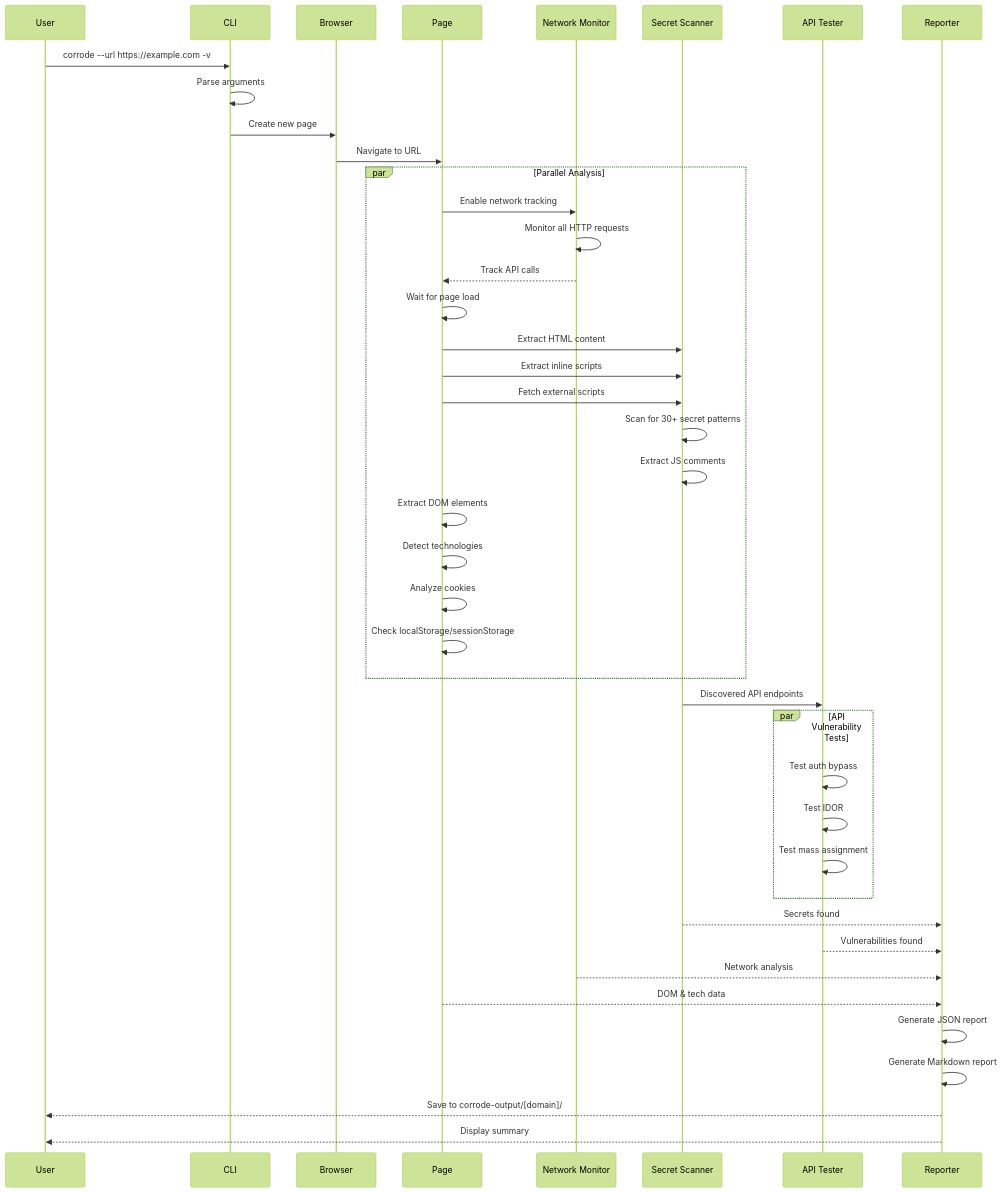
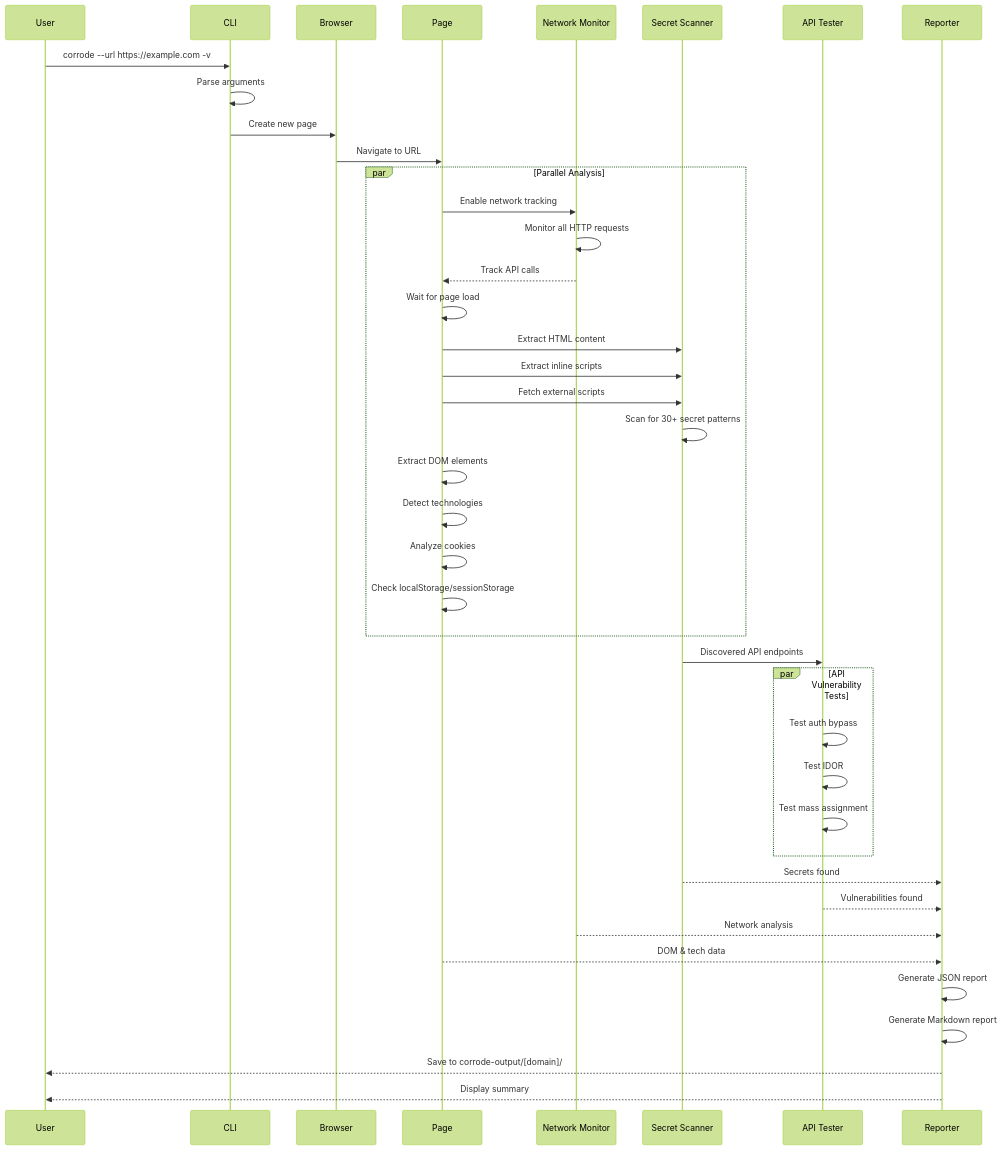
Before and after one commit to ul0gic/corrode: the second of 3 diagrams in README.md, drawn with Mermaid (forest theme). The commit also changed other lines of this file and 2 other files, not shown here.

````diff
--- a/README.md
+++ b/README.md
@@ -73,53 +70,52 @@
 ```mermaid
 sequenceDiagram
     participant User
     participant CLI
     participant Browser
     participant Page
     participant NetMon as Network Monitor
     participant Scanner as Secret Scanner
     participant APITest as API Tester
     participant Reporter
 
     User->>CLI: corrode --url https://example.com -v
     CLI->>CLI: Parse arguments
     CLI->>Browser: Create new page
     Browser->>Page: Navigate to URL
 
     par Parallel Analysis
         Page->>NetMon: Enable network tracking
         NetMon->>NetMon: Monitor all HTTP requests
         NetMon-->>Page: Track API calls
 
         Page->>Page: Wait for page load
         Page->>Scanner: Extract HTML content
         Page->>Scanner: Extract inline scripts
         Page->>Scanner: Fetch external scripts
         Scanner->>Scanner: Scan for 30+ secret patterns
-        Scanner->>Scanner: Extract JS comments
 
         Page->>Page: Extract DOM elements
         Page->>Page: Detect technologies
         Page->>Page: Analyze cookies
         Page->>Page: Check localStorage/sessionStorage
     end
 
     Scanner->>APITest: Discovered API endpoints
 
     par API Vulnerability Tests
         APITest->>APITest: Test auth bypass
         APITest->>APITest: Test IDOR
         APITest->>APITest: Test mass assignment
     end
 
     Scanner-->>Reporter: Secrets found
     APITest-->>Reporter: Vulnerabilities found
     NetMon-->>Reporter: Network analysis
     Page-->>Reporter: DOM & tech data
 
     Reporter->>Reporter: Generate JSON report
     Reporter->>Reporter: Generate Markdown report
     Reporter-->>User: Save to corrode-output/[domain]/
 
     Reporter-->>User: Display summary
 ```
````
